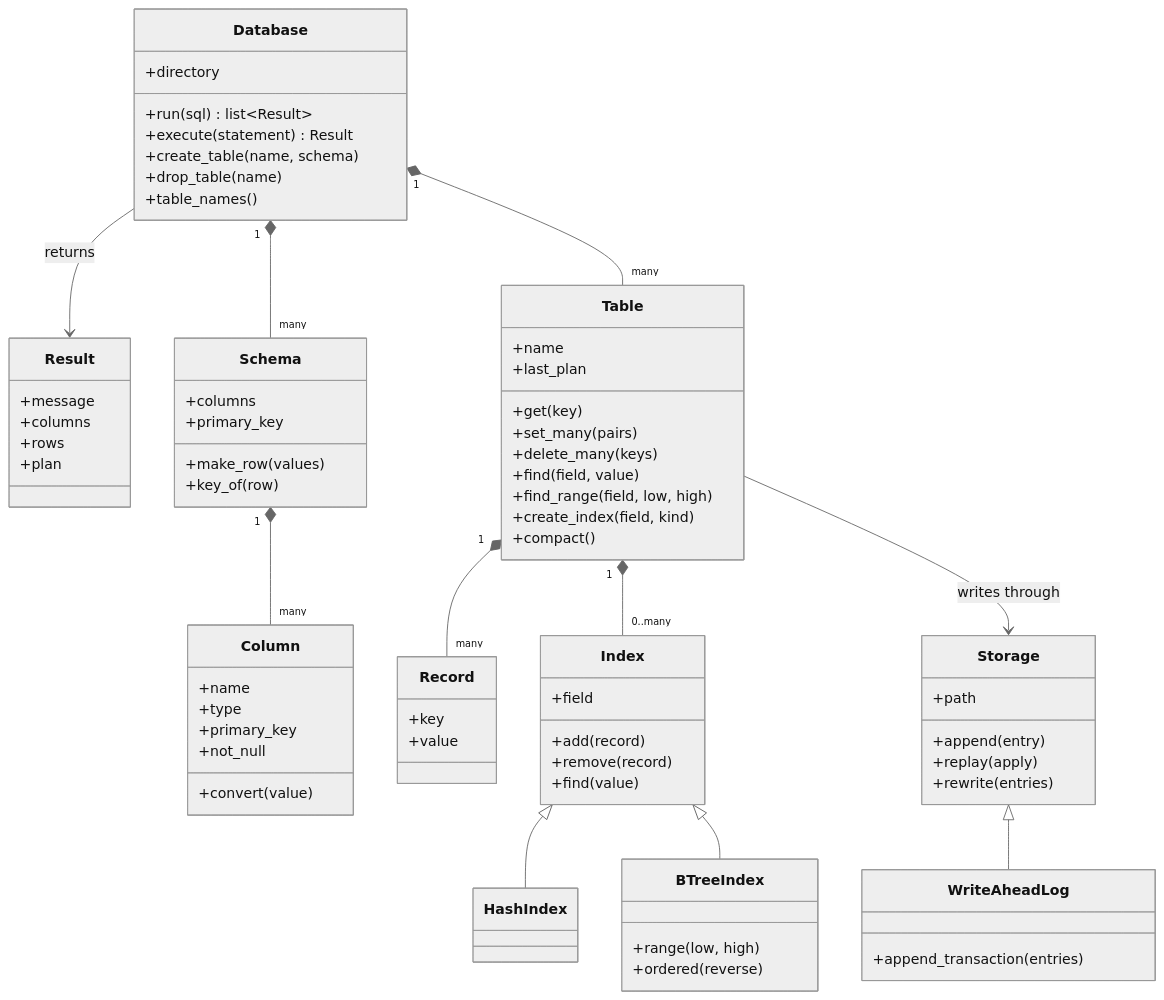
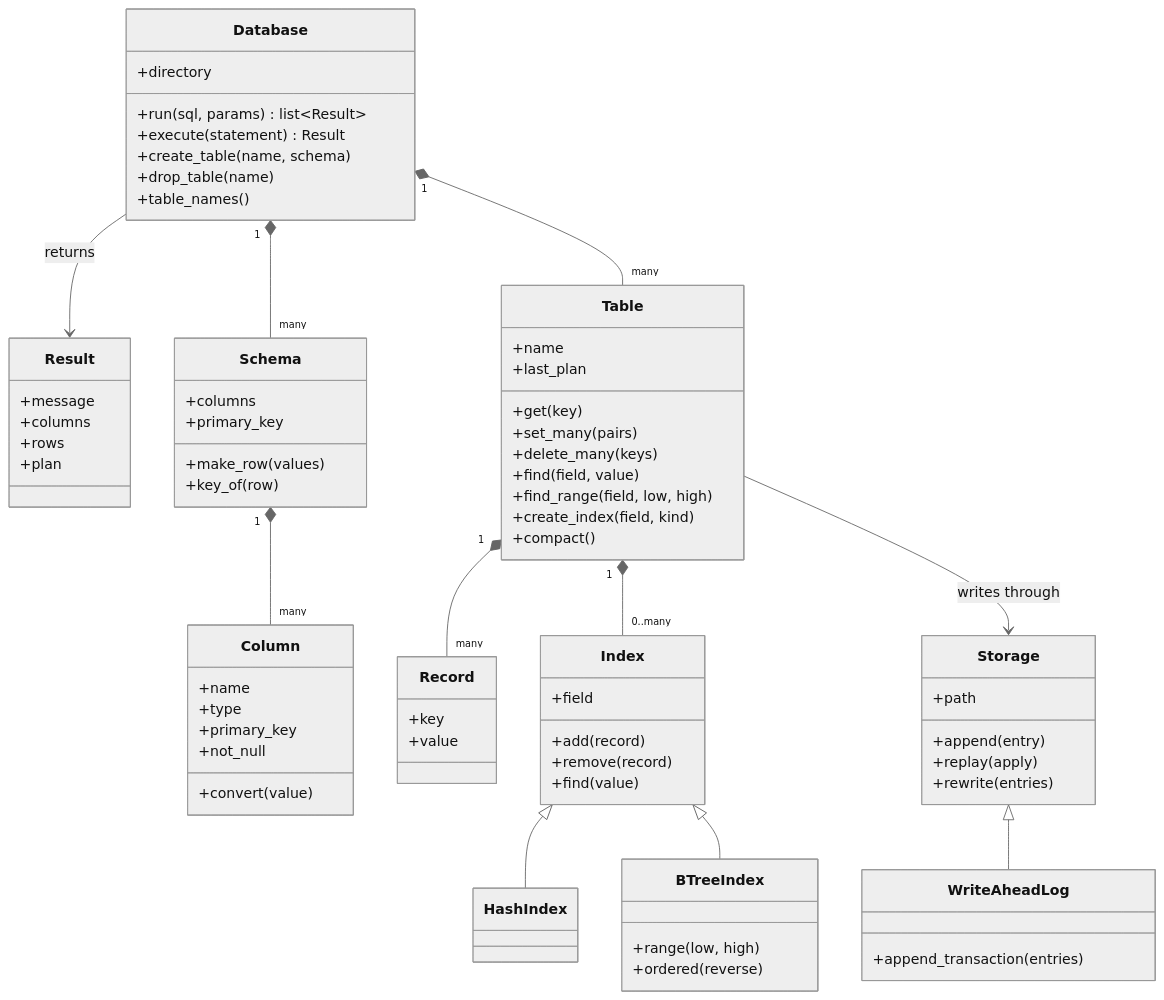
Before and after one commit to Navalene/tinydb: the second of 5 diagrams in docs/architecture.md, drawn with Mermaid (neutral theme). The commit also changed other lines of this file and 21 other files, not shown here.

````diff
--- a/docs/architecture.md
+++ b/docs/architecture.md
@@ -60,76 +64,76 @@
 ```mermaid
 classDiagram
     class Database {
         +directory
-        +run(sql) list~Result~
+        +run(sql, params) list~Result~
         +execute(statement) Result
         +create_table(name, schema)
         +drop_table(name)
         +table_names()
     }
     class Result {
         +message
         +columns
         +rows
         +plan
     }
     class Schema {
         +columns
         +primary_key
         +make_row(values)
         +key_of(row)
     }
     class Column {
         +name
         +type
         +primary_key
         +not_null
         +convert(value)
     }
     class Table {
         +name
         +last_plan
         +get(key)
         +set_many(pairs)
         +delete_many(keys)
         +find(field, value)
         +find_range(field, low, high)
         +create_index(field, kind)
         +compact()
     }
     class Record {
         +key
         +value
     }
     class Index {
         +field
         +add(record)
         +remove(record)
         +find(value)
     }
     class HashIndex
     class BTreeIndex {
         +range(low, high)
         +ordered(reverse)
     }
     class Storage {
         +path
         +append(entry)
         +replay(apply)
         +rewrite(entries)
     }
     class WriteAheadLog {
         +append_transaction(entries)
     }
 
     Database --> Result : returns
     Database "1" *-- "many" Table
     Database "1" *-- "many" Schema
     Schema "1" *-- "many" Column
     Table "1" *-- "many" Record
     Table "1" *-- "0..many" Index
     Table --> Storage : writes through
     Index <|-- HashIndex
     Index <|-- BTreeIndex
     Storage <|-- WriteAheadLog
 ```
````
